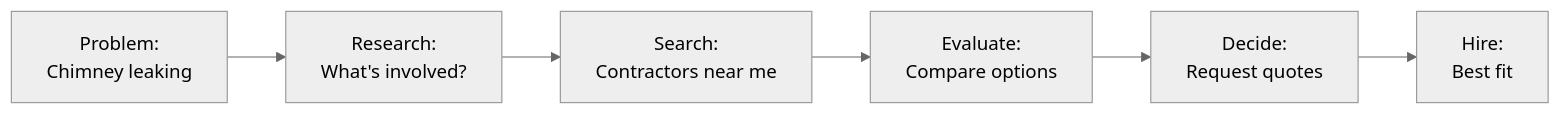
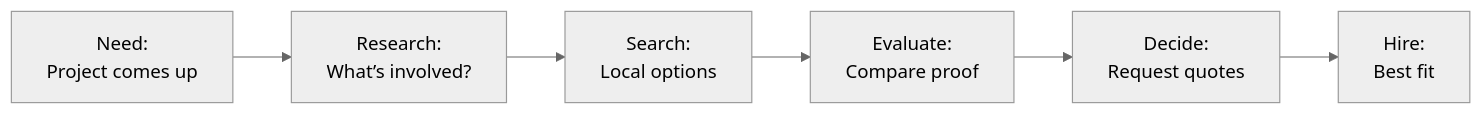
One commit to AaronBakerDev/knearme-platform changed the diagram in docs/01-vision/personas.md. Above: the diagram before and after it, drawn with Mermaid (neutral theme). The commit also changed other lines of this file and 244 other files, not shown here.

````diff
--- a/docs/01-vision/personas.md
+++ b/docs/01-vision/personas.md
@@ -104,8 +102,8 @@
 ```mermaid
 graph LR
-    A[Problem:<br/>Chimney leaking] --> B[Research:<br/>What's involved?]
-    B --> C[Search:<br/>Contractors near me]
-    C --> D[Evaluate:<br/>Compare options]
+    A[Need:<br/>Project comes up] --> B[Research:<br/>What’s involved?]
+    B --> C[Search:<br/>Local options]
+    C --> D[Evaluate:<br/>Compare proof]
     D --> E[Decide:<br/>Request quotes]
     E --> F[Hire:<br/>Best fit]
 ```
````
